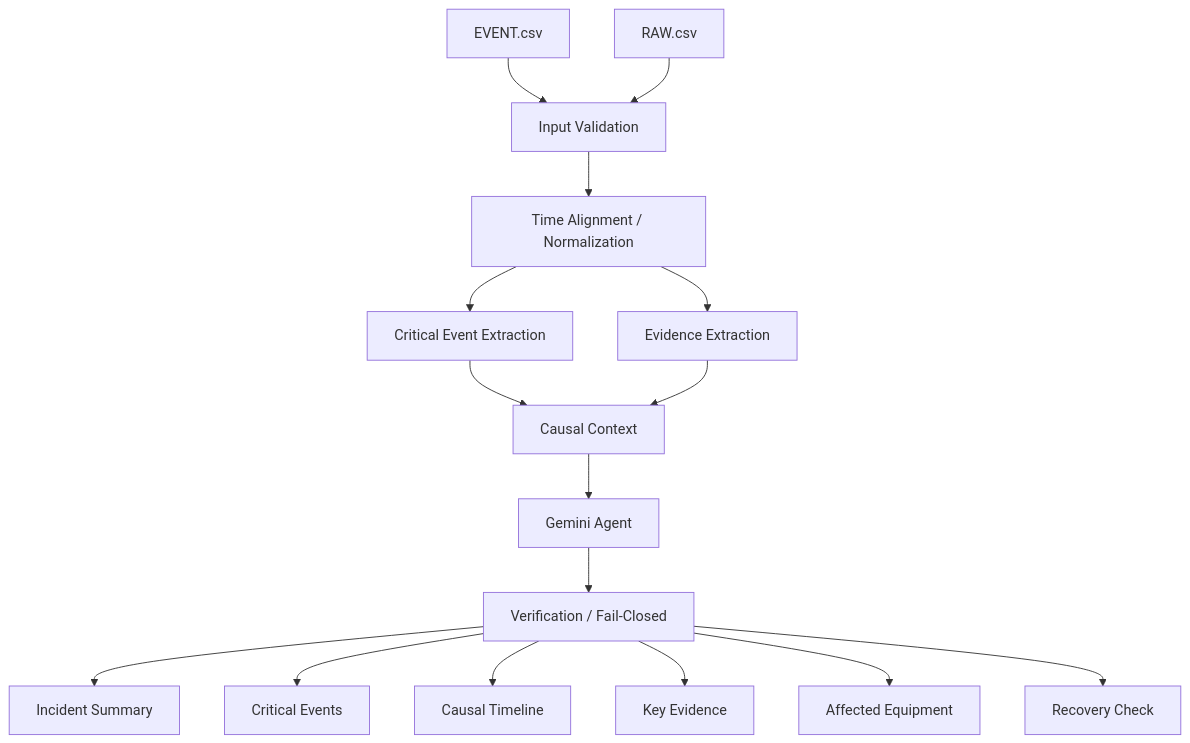
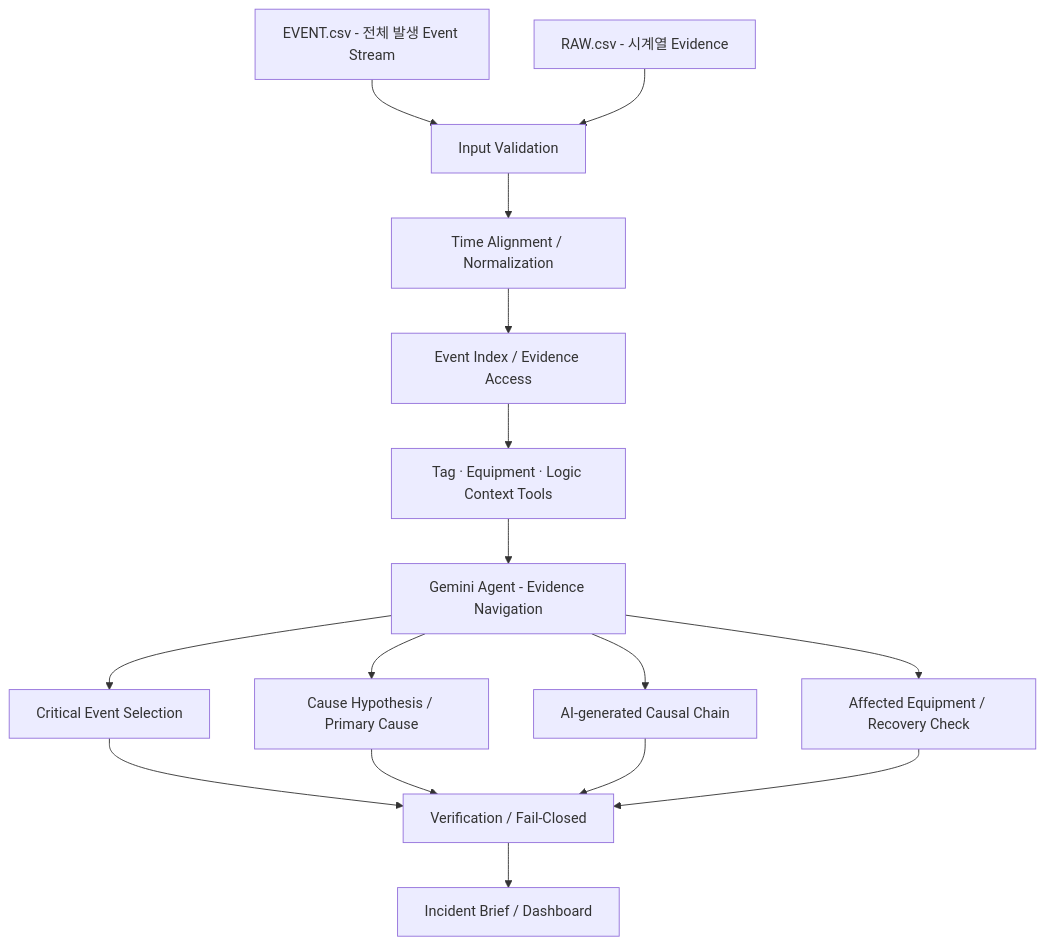
The first of 2 diagrams in SUBMISSION_KIEE2026/REQUIRED/01_SYSTEM_ARCHITECTURE.md (khaku25/triplens-thermosyspro-cloud-runner), drawn with Mermaid before and after one commit. The commit also changed other lines of this file, not shown here.

Commit message:
Refocus architecture on agent-generated causal chain

````diff
--- a/SUBMISSION_KIEE2026/REQUIRED/01_SYSTEM_ARCHITECTURE.md
+++ b/SUBMISSION_KIEE2026/REQUIRED/01_SYSTEM_ARCHITECTURE.md
@@ -6,18 +6,18 @@
 ```mermaid
 flowchart TD
-    A["EVENT.csv"] --> C["Input Validation"]
-    B["RAW.csv"] --> C
+    A["EVENT.csv - 전체 발생 Event Stream"] --> C["Input Validation"]
+    B["RAW.csv - 시계열 Evidence"] --> C
     C --> D["Time Alignment / Normalization"]
-    D --> E["Critical Event Extraction"]
-    D --> F["Evidence Extraction"]
-    E --> G["Causal Context"]
-    F --> G
-    G --> H["Gemini Agent"]
-    H --> I["Verification / Fail-Closed"]
-    I --> J["Incident Summary"]
-    I --> K["Critical Events"]
-    I --> L["Causal Timeline"]
-    I --> M["Key Evidence"]
-    I --> N["Affected Equipment"]
-    I --> O["Recovery Check"]
+    D --> E["Event Index / Evidence Access"]
+    E --> F["Tag · Equipment · Logic Context Tools"]
+    F --> G["Gemini Agent - Evidence Navigation"]
+    G --> H["Critical Event Selection"]
+    G --> I["Cause Hypothesis / Primary Cause"]
+    G --> J["AI-generated Causal Chain"]
+    G --> K["Affected Equipment / Recovery Check"]
+    H --> L["Verification / Fail-Closed"]
+    I --> L
+    J --> L
+    K --> L
+    L --> M["Incident Brief / Dashboard"]
 ```
````
